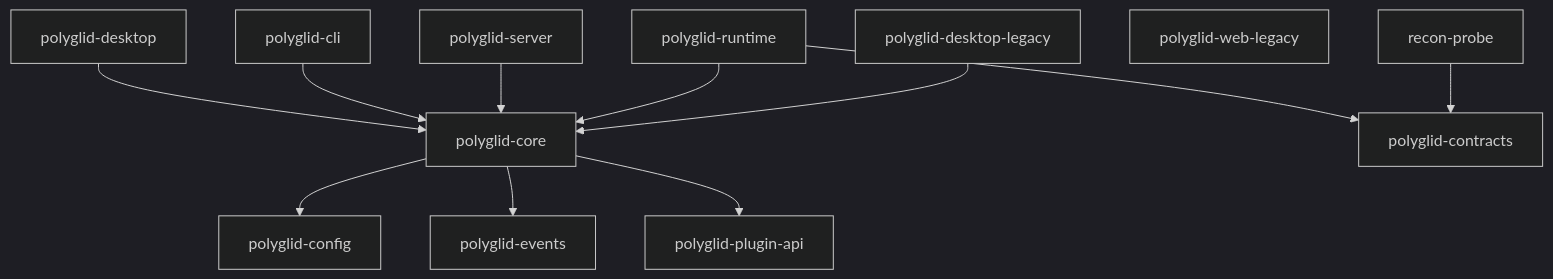
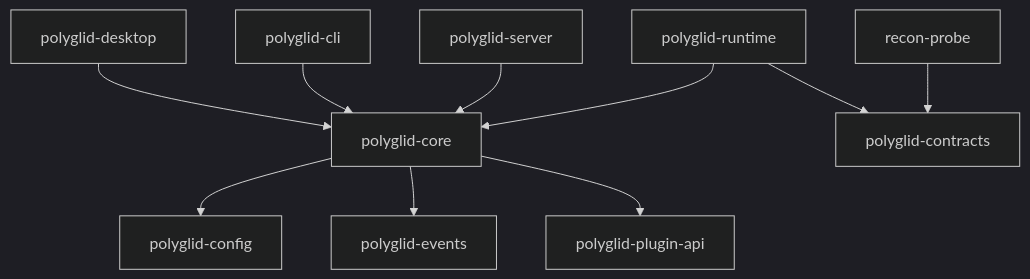
Before and after one commit to anonto42/poly.glid_security_workspace: the diagram in .workspace/docs/diagrams/architecture-overview.md, drawn with Mermaid (dark theme). The commit also changed 87 other files, not shown here.

Commit message:
refactor(workspace): retire legacy web and Tauri clients

````diff
--- a/.workspace/docs/diagrams/architecture-overview.md
+++ b/.workspace/docs/diagrams/architecture-overview.md
@@ -1,26 +1,23 @@
 ```mermaid
 graph TD
   desktop[polyglid-desktop]
   cli[polyglid-cli]
   server[polyglid-server]
   core[polyglid-core]
   runtime[polyglid-runtime]
   config[polyglid-config]
   events[polyglid-events]
   api[polyglid-plugin-api]
   contracts[polyglid-contracts]
   plugin[recon-probe]
-  legacy_web[polyglid-web-legacy]
-  legacy_desktop[polyglid-desktop-legacy]
   desktop --> core
   cli --> core
   server --> core
   runtime --> core
   runtime --> contracts
   plugin --> contracts
   core --> config
   core --> events
   core --> api
-  legacy_desktop --> core
 
 ```
````
